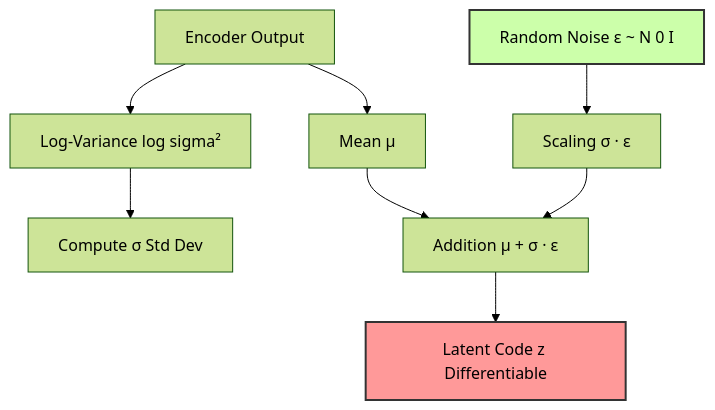
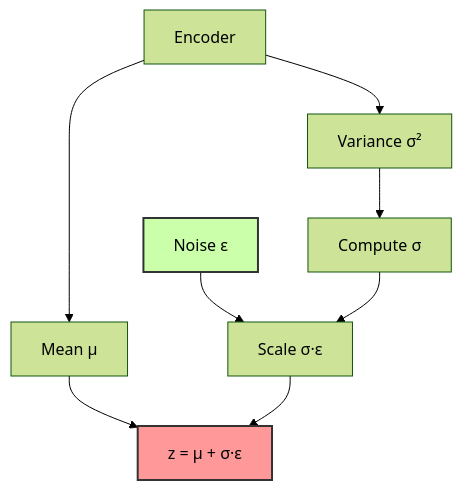
One commit to gopikrishtummala/gopikrishtummala.github.io changed the second of 4 diagrams in src/data/blog/variational-autoencoders-from-compression-to-creation.md. Above: the diagram before and after it, drawn with Mermaid (forest theme). The commit also changed other lines of this file, not shown here.

Commit message:
Simplify all Mermaid diagrams for better readability

````diff
--- a/src/data/blog/variational-autoencoders-from-compression-to-creation.md
+++ b/src/data/blog/variational-autoencoders-from-compression-to-creation.md
@@ -136,16 +136,12 @@
 ```mermaid
 graph TD
-    A[Encoder Output] --> A1[Mean μ]
-    A[Encoder Output] --> A2[Log-Variance log sigma²]
-
-    A2 --> B[Compute σ Std Dev]
-    
-    C[Random Noise ε ~ N 0 I] --> D[Scaling σ · ε]
-    
-    A1 --> E[Addition μ + σ · ε]
-    D --> E
-    
-    E --> F[Latent Code z Differentiable]
-    style C fill:#cfa,stroke:#333,stroke-width:2px
-    style F fill:#f99,stroke:#333,stroke-width:2px
+    A[Encoder] --> B[Mean μ]
+    A --> C[Variance σ²]
+    C --> D[Compute σ]
+    E[Noise ε] --> F[Scale σ·ε]
+    D --> F
+    B --> G[z = μ + σ·ε]
+    F --> G
+    style E fill:#cfa,stroke:#333,stroke-width:2px
+    style G fill:#f99,stroke:#333,stroke-width:2px
 ```
````
